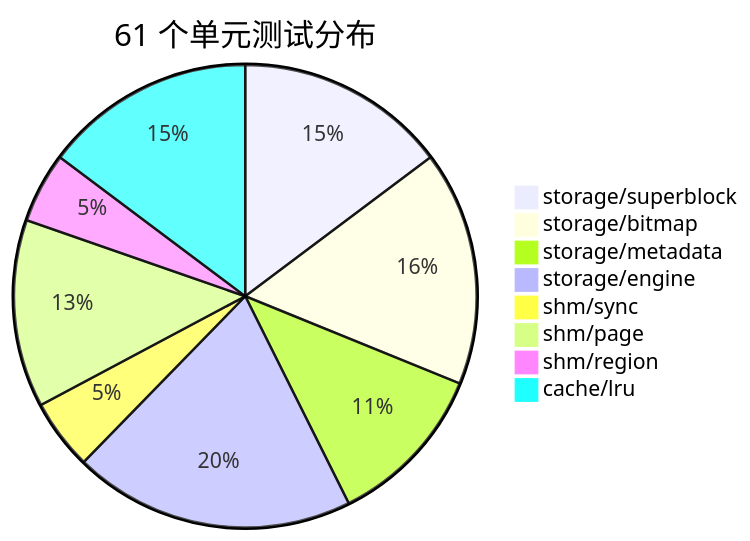
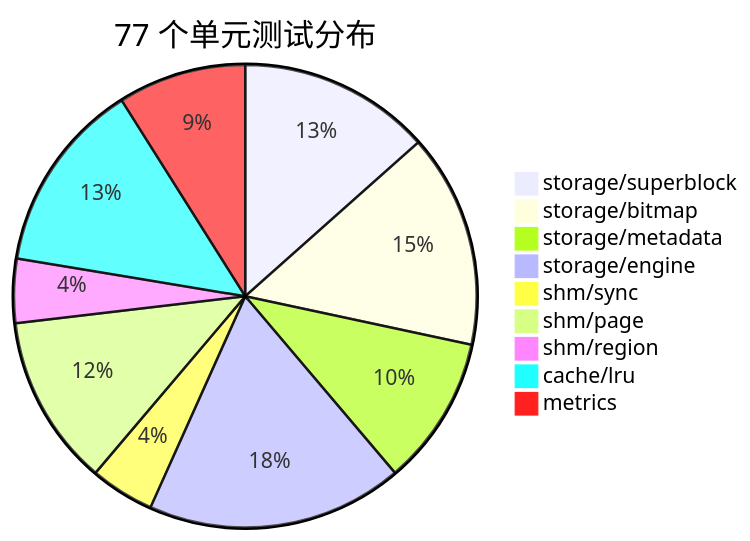
One commit to Faye-bit/MiniOS_CUG_SE_OS changed diagram 18 of 18 in design.md. Above: the diagram before and after it, drawn with Mermaid. The commit also changed other lines of this file and 4 other files, not shown here.

````diff
--- a/design.md
+++ b/design.md
@@ -823,11 +978,12 @@
 ```mermaid
-pie title 61 个单元测试分布
+pie title 77 个单元测试分布
     "storage/superblock" : 9
     "storage/bitmap" : 10
     "storage/metadata" : 7
     "storage/engine" : 12
     "shm/sync" : 3
     "shm/page" : 8
     "shm/region" : 3
     "cache/lru" : 9
+    "metrics" : 6
 ```
````
